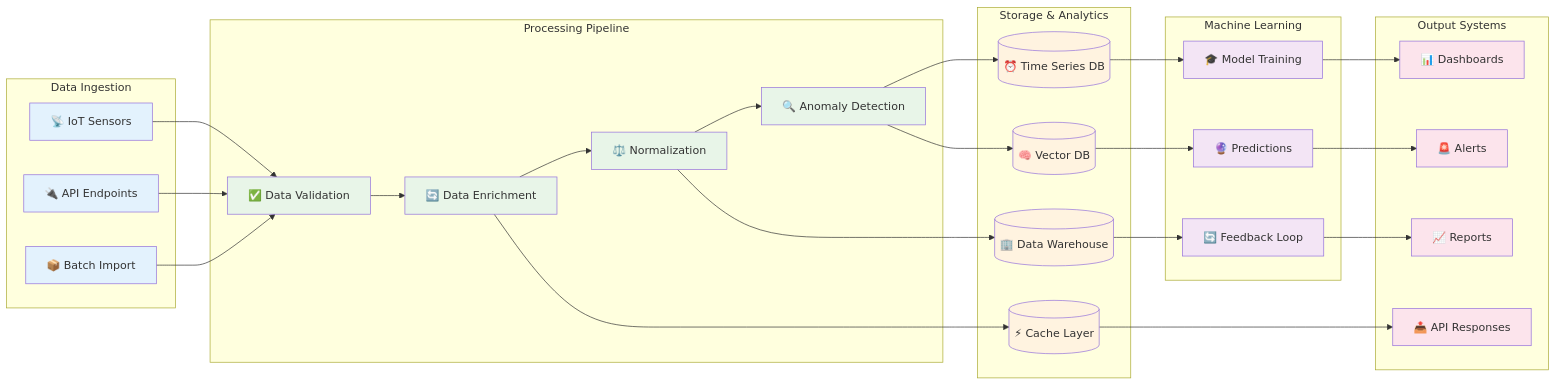
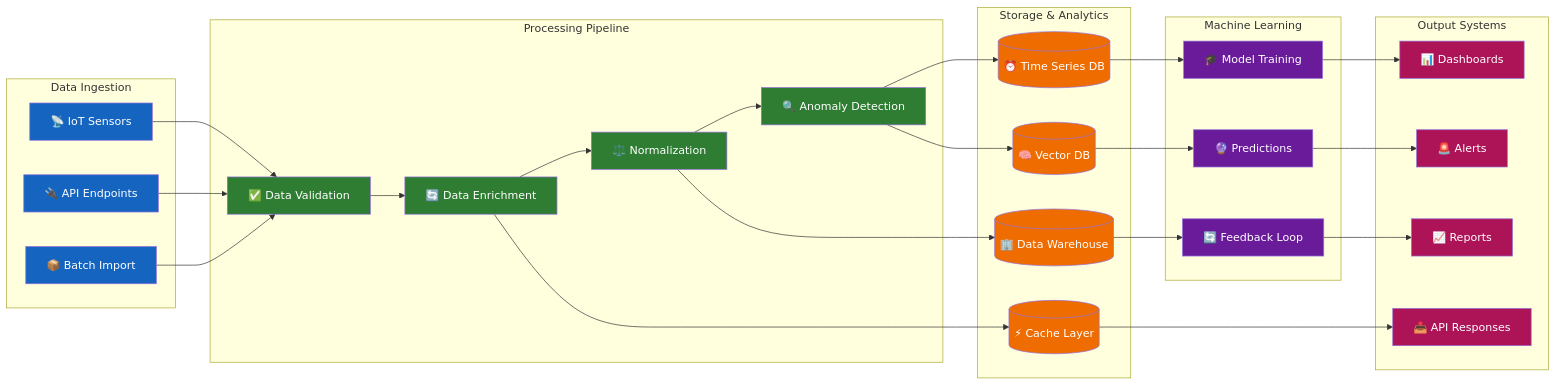
Before and after one commit to YanCotta/enterprise_challenge_sprint_1_hermes_reply: diagram 12 of 16 in smart-maintenance-saas/docs/SYSTEM_AND_ARCHITECTURE.md, drawn with Mermaid. The commit also changed other lines of this file, not shown here.

Commit message:
feat: update class definitions in architecture diagrams for improved clarity and consistency

````diff
--- a/smart-maintenance-saas/docs/SYSTEM_AND_ARCHITECTURE.md
+++ b/smart-maintenance-saas/docs/SYSTEM_AND_ARCHITECTURE.md
@@ -842,69 +914,69 @@
 ```mermaid
 flowchart LR
     subgraph "Data Ingestion"
         SENSORS[📡 IoT Sensors]
         API_IN[🔌 API Endpoints]
         BATCH[📦 Batch Import]
     end
 
     subgraph "Processing Pipeline"
         VALIDATE[✅ Data Validation]
         ENRICH[🔄 Data Enrichment]
         NORMALIZE[⚖️ Normalization]
         ANOMALY[🔍 Anomaly Detection]
     end
 
     subgraph "Storage & Analytics"
         TIMESERIES[(⏰ Time Series DB)]
         VECTOR[(🧠 Vector DB)]
         WAREHOUSE[(🏢 Data Warehouse)]
         CACHE[(⚡ Cache Layer)]
     end
 
     subgraph "Machine Learning"
         TRAIN[🎓 Model Training]
         PREDICT[🔮 Predictions]
         FEEDBACK[🔄 Feedback Loop]
     end
 
     subgraph "Output Systems"
         DASHBOARD[📊 Dashboards]
         ALERTS[🚨 Alerts]
         REPORTS[📈 Reports]
         API_OUT[📤 API Responses]
     end
 
     SENSORS --> VALIDATE
     API_IN --> VALIDATE
     BATCH --> VALIDATE
     
     VALIDATE --> ENRICH
     ENRICH --> NORMALIZE
     NORMALIZE --> ANOMALY
     
     ANOMALY --> TIMESERIES
     ANOMALY --> VECTOR
     NORMALIZE --> WAREHOUSE
     ENRICH --> CACHE
     
     TIMESERIES --> TRAIN
     VECTOR --> PREDICT
     WAREHOUSE --> FEEDBACK
     
     TRAIN --> DASHBOARD
     PREDICT --> ALERTS
     FEEDBACK --> REPORTS
     CACHE --> API_OUT
 
-    classDef ingestion fill:#e3f2fd
-    classDef processing fill:#e8f5e8
-    classDef storage fill:#fff3e0
-    classDef ml fill:#f3e5f5
-    classDef output fill:#fce4ec
+    classDef ingestion fill:#1565C0,color:#ffffff
+    classDef processing fill:#2E7D32,color:#ffffff
+    classDef storage fill:#EF6C00,color:#ffffff
+    classDef ml fill:#6A1B9A,color:#ffffff
+    classDef output fill:#AD1457,color:#ffffff
 
     class SENSORS,API_IN,BATCH ingestion
     class VALIDATE,ENRICH,NORMALIZE,ANOMALY processing
     class TIMESERIES,VECTOR,WAREHOUSE,CACHE storage
     class TRAIN,PREDICT,FEEDBACK ml
     class DASHBOARD,ALERTS,REPORTS,API_OUT output
 ```
````
